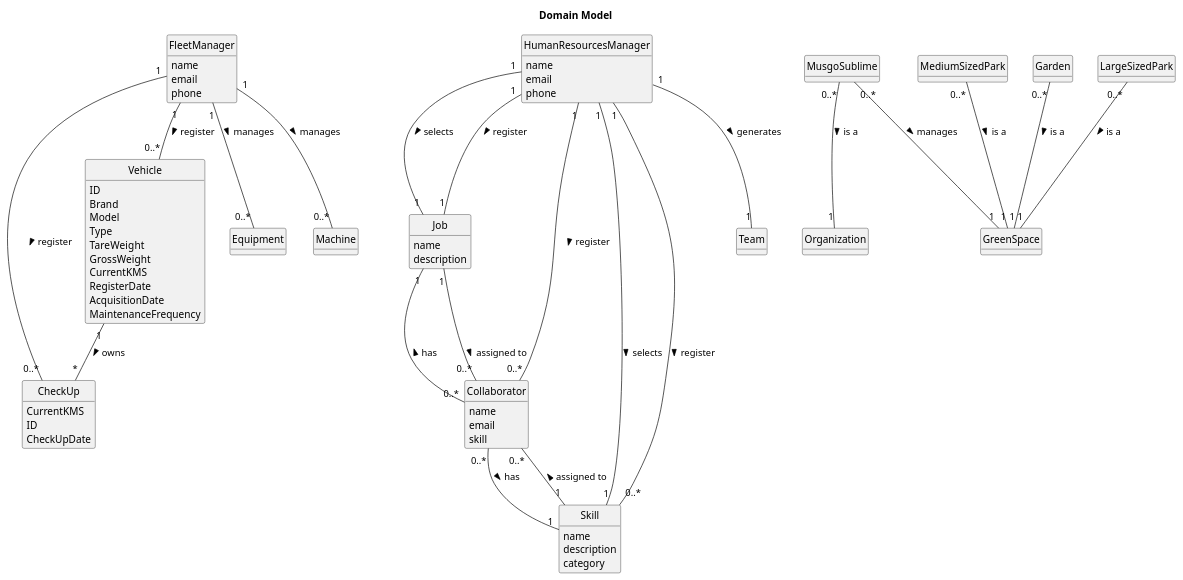
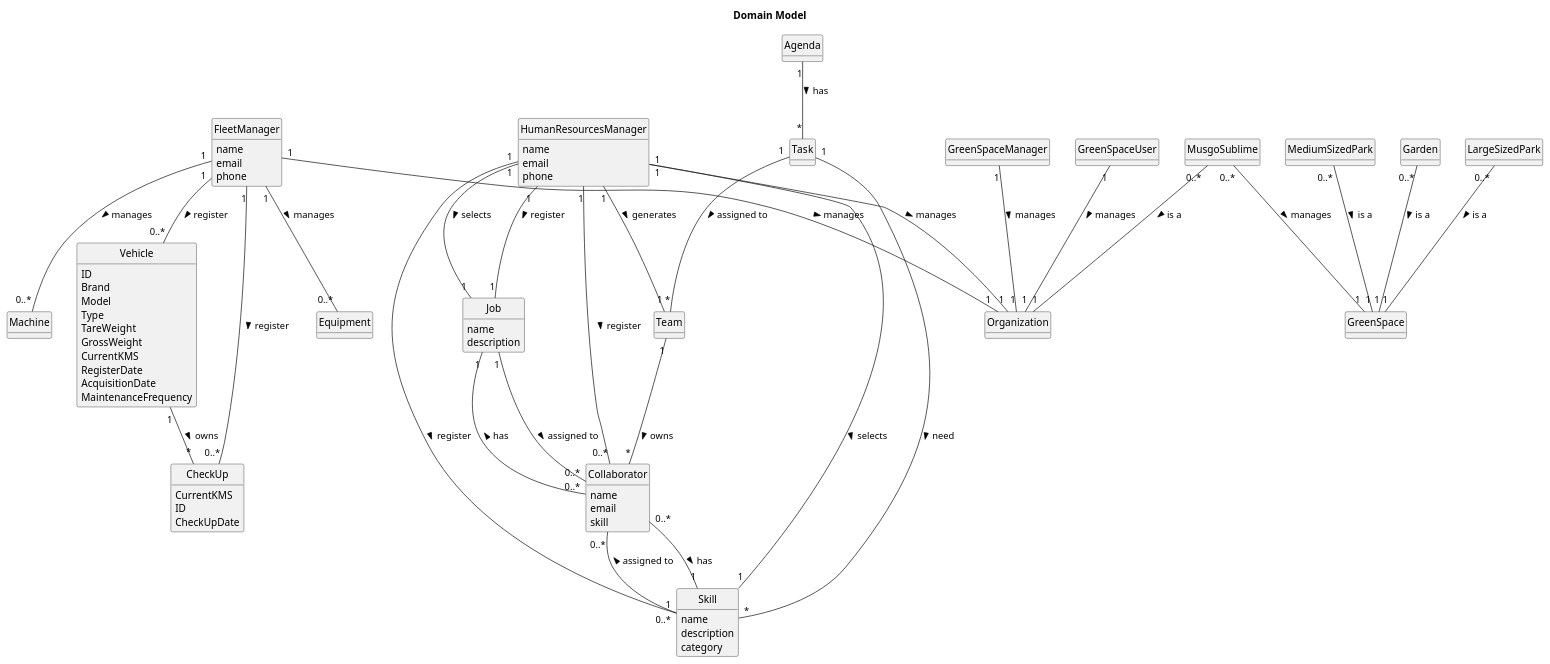
One commit to daniel41silva05/ISEP_2023_2024_LAPR2 changed the diagram in docs/sprintA/global-artifacts/02.analysis/puml/project-domain-model.puml. Above: the diagram before and after it, drawn with PlantUML. The commit also changed 2 other files, not shown here.

```diff
--- a/docs/sprintA/global-artifacts/02.analysis/puml/project-domain-model.puml
+++ b/docs/sprintA/global-artifacts/02.analysis/puml/project-domain-model.puml
@@ -1,83 +1,91 @@
 @startuml
 skinparam monochrome true
 skinparam packageStyle rectangle
 skinparam shadowing false
 
 skinparam classAttributeIconSize 0
 hide circle
 hide methods
 
 title Domain Model
 
 class Job {
     name
     description
 }
 
 class Skill {
     name
     description
     category
 }
 
 class Vehicle {
     ID
     Brand
     Model
     Type
     TareWeight
     GrossWeight
     CurrentKMS
     RegisterDate
     AcquisitionDate
     MaintenanceFrequency
 }
 
 
 class CheckUp {
     CurrentKMS
     ID
     CheckUpDate
 }
 
 class Collaborator {
     name
     email
     skill
 
 }
 
 class FleetManager {
    name
    email
    phone
 }
 
 class HumanResourcesManager {
    name
    email
    phone
 }
 
 MusgoSublime "0..*" -- "1" Organization : is a >
 MusgoSublime "0..*" -- "1" GreenSpace : manages >
 MediumSizedPark "0..*" -- "1" GreenSpace : is a >
 Garden "0..*" -- "1" GreenSpace : is a >
 LargeSizedPark "0..*" -- "1" GreenSpace : is a >
 Collaborator "0..*" -- "1" Job : has >
 Collaborator "0..*" -- "1" Skill : has >
+FleetManager "1" -- "1" Organization : manages >
+HumanResourcesManager "1" -- "1" Organization : manages >
+GreenSpaceManager "1" -- "1" Organization : manages >
+GreenSpaceUser "1" -- "1" Organization : manages >
 HumanResourcesManager "1" -- "1" Job : selects  >
 HumanResourcesManager "1" -- "1" Skill : selects  >
 HumanResourcesManager "1" -- "1" Job : register  >
 Job "1" -- "0..*" Collaborator : assigned to >
 Skill "1" -- "0..*" Collaborator : assigned to >
 HumanResourcesManager "1" -- "0..*" Collaborator : register >
 HumanResourcesManager "1" -- "0..*" Skill : register >
 HumanResourcesManager "1" -- "1" Team : generates >
 FleetManager "1" -- "0..*" Vehicle : register >
 FleetManager "1" -- "0..*" Equipment : manages >
 FleetManager "1" -- "0..*" Machine : manages >
 FleetManager "1" - "0..*" CheckUp : register >
 Vehicle "1" -- "*" CheckUp : owns >
+Team "1" -- "*" Collaborator : owns >
+Task "1" -- "*" Skill : need >
+Agenda "1" -- "*" Task : has >
+Task "1" -- "*" Team : assigned to >
 
 @enduml
```
